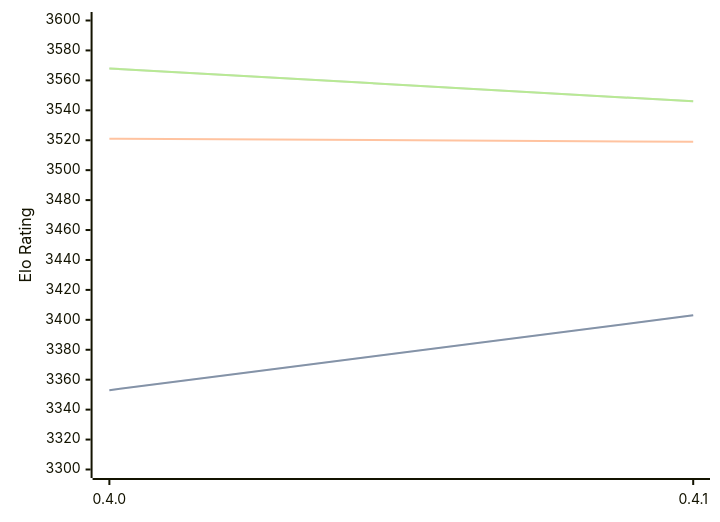
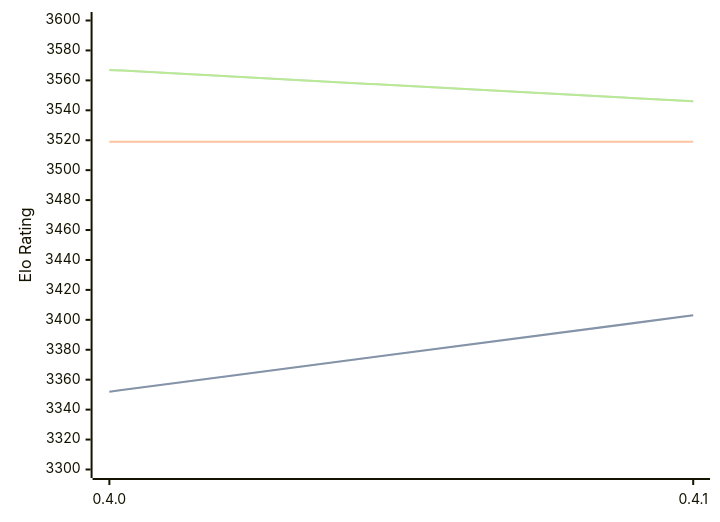
One commit to computer-chess-index/cci changed the diagram in engines/Cinder.md. Above: the diagram before and after it, drawn with Mermaid. The commit also changed other lines of this file, not shown here.

Commit message:
Update CCI Ratings (ELO VLTC) - 2026-03-04

````diff
--- a/engines/Cinder.md
+++ b/engines/Cinder.md
@@ -38,11 +38,11 @@
 ```mermaid
 %%{init: {"theme":"base","themeVariables":{"seriesColors:['#a3a3a3','#222221','#faa371']}}}%%
 xychart-beta
   x-axis ["0.4.0", "0.4.1"]
   y-axis "Elo Rating" 3300 --> 3600
-  line "STC (8.0+0.08s)" [3353, 3403]
-  line "STC (8.0+0.08s)" [3353, 3403]
-  line "LTC (60.0+0.60s)" [3521, 3519]
-  line "VLTC (2m24s+1.12s)" [3568, 3546]
-  line "VLTC (2m24s+1.12s)" [3568, 3546]
+  line "STC (8.0+0.08s)" [3352, 3403]
+  line "STC (8.0+0.08s)" [3352, 3403]
+  line "LTC (60.0+0.60s)" [3519, 3519]
+  line "VLTC (2m24s+1.12s)" [3567, 3546]
+  line "VLTC (2m24s+1.12s)" [3567, 3546]
 ```
````
